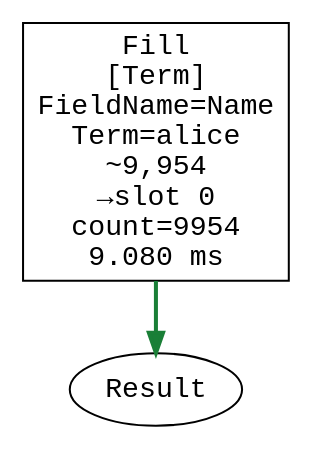
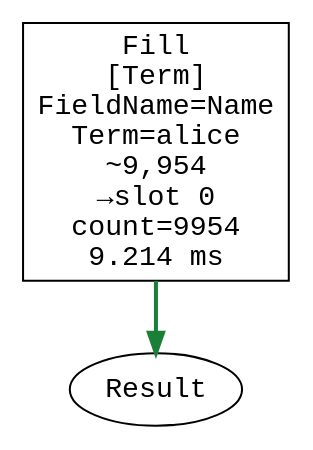
Before and after one commit to ayende/ravendb: the first of 44 diagrams in corax-query-catalog.md, drawn with Graphviz. The commit also changed other lines of this file and 1 other file, not shown here.

First line of the commit message:
RavenDB-25281 Regenerate query catalog for producer-node rendering

````diff
--- a/corax-query-catalog.md
+++ b/corax-query-catalog.md
@@ -33,9 +33,9 @@
 ```dot
 digraph QueryPlan {
   rankdir=TB;
-  node [shape=box, fontname="monospace"];
-  op0 [label="Fill\n[Term]\nFieldName=Name\nTerm=alice\n~9,954\n→slot 0\ncount=9954\n9.080 ms", data_destslot="0", data_dispatch="Term", data_fieldname="Name", data_term="alice", data_estimatedrows="9,954", data_count="9954", data_ms="9.080"];
-  result [shape=ellipse, label="Result"];
-  op0 -> result [style=bold, color="#1a7f37"];
+  node [shape="box", fontname="monospace"];
+  op0 [label="Fill\n[Term]\nFieldName=Name\nTerm=alice\n~9,954\n→slot 0\ncount=9954\n9.214 ms", data_operation="Fill", data_destslot="0", data_dispatch="Term", data_fieldname="Name", data_term="alice", data_estimatedrows="9,954", data_count="9954", data_ms="9.214", data_taken="True"];
+  result [shape="ellipse", label="Result", data_operation="Result"];
+  op0 -> result [style="bold", color="#1a7f37", data_kind="result", data_variant="bitmap-final", data_flow="on"];
 }
 ```
````
